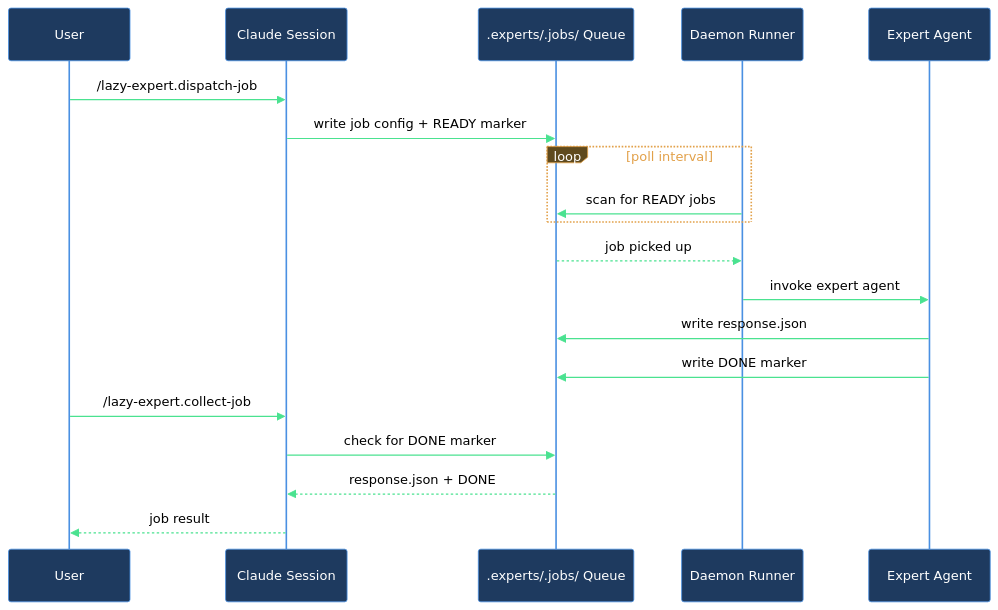
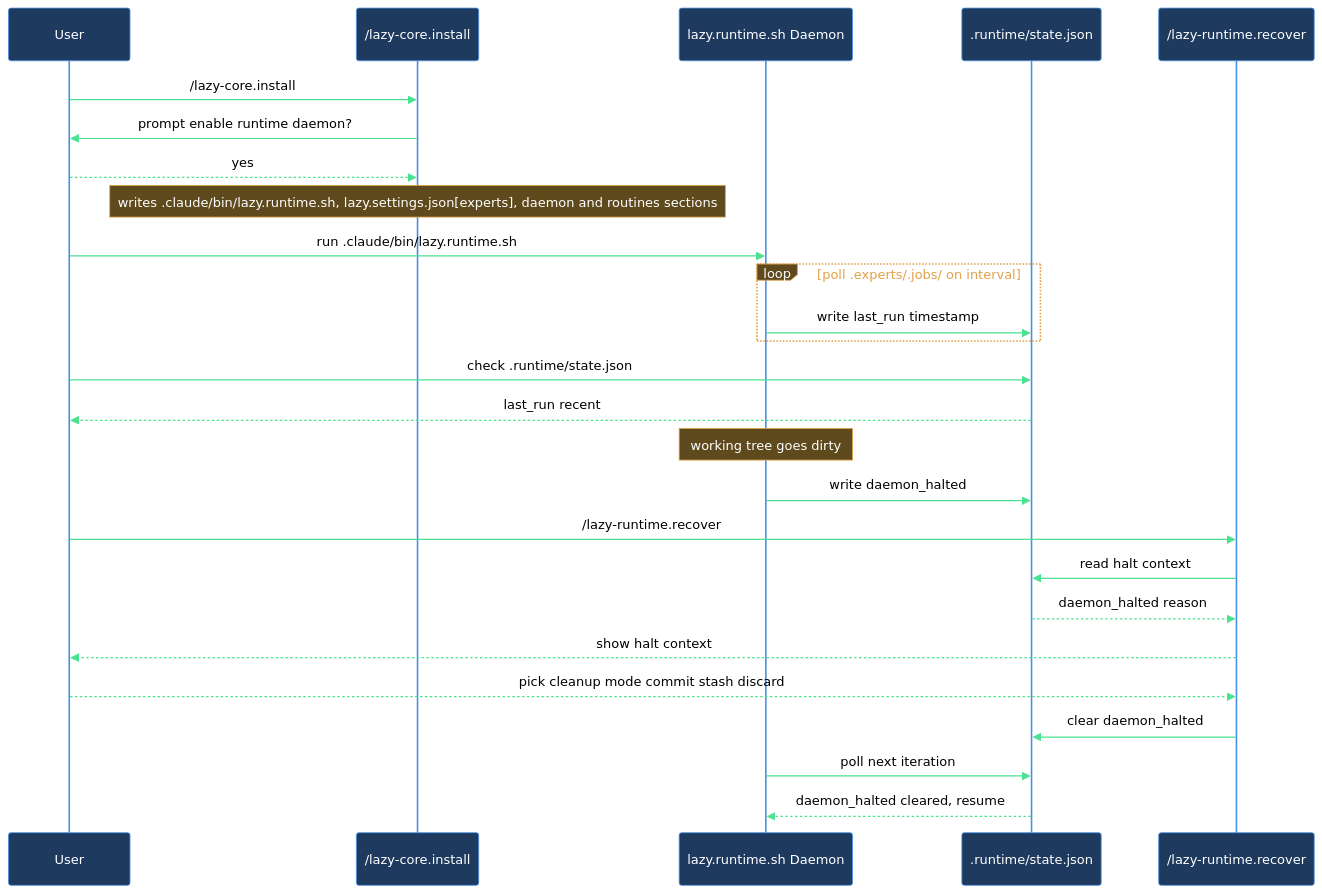
Before and after one commit to mebius-san/lazy-cortex: the diagram in claude/lazycortex-core/help/walkthroughs/setup-runtime.md, drawn with Mermaid. The commit also changed other lines of this file and 40 other files, not shown here.

````diff
--- a/claude/lazycortex-core/help/walkthroughs/setup-runtime.md
+++ b/claude/lazycortex-core/help/walkthroughs/setup-runtime.md
@@ -80,23 +80,32 @@
 ```mermaid
 %%{init: {'themeVariables':{'background':'transparent','primaryColor':'#1e3a5f','primaryBorderColor':'#4a90e2','primaryTextColor':'#fff','lineColor':'#4ae290','actorBkg':'#1e3a5f','actorBorder':'#4a90e2','actorTextColor':'#fff','actorLineColor':'#4a90e2','signalColor':'#4ae290','signalTextColor':'#000','noteBkgColor':'#5f4a1e','noteBorderColor':'#e2a14a','noteTextColor':'#fff','labelBoxBkgColor':'#5f4a1e','labelBoxBorderColor':'#e2a14a','labelTextColor':'#fff','loopTextColor':'#e2a14a'},'sequence':{'diagramPadding':5,'useMaxWidth':true}}}%%
 sequenceDiagram
   participant user as User
-  participant claudeSession as Claude Session
-  participant jobsQueue as .experts/.jobs/ Queue
-  participant daemon as Daemon Runner
-  participant expertAgent as Expert Agent
+  participant installWizard as /lazy-core.install
+  participant runtimeDaemon as lazy.runtime.sh Daemon
+  participant stateFile as .runtime/state.json
+  participant recoverSkill as /lazy-runtime.recover
 
-  user->>claudeSession: /lazy-expert.dispatch-job
-  claudeSession->>jobsQueue: write job config + READY marker
-  loop poll interval
-    daemon->>jobsQueue: scan for READY jobs
+  user->>installWizard: /lazy-core.install
+  installWizard->>user: prompt enable runtime daemon?
+  user-->>installWizard: yes
+  Note over installWizard: writes .claude/bin/lazy.runtime.sh, lazy.settings.json[experts], daemon and routines sections
+
+  user->>runtimeDaemon: run .claude/bin/lazy.runtime.sh
+  loop poll .experts/.jobs/ on interval
+    runtimeDaemon->>stateFile: write last_run timestamp
   end
-  jobsQueue-->>daemon: job picked up
-  daemon->>expertAgent: invoke expert agent
-  expertAgent->>jobsQueue: write response.json
-  expertAgent->>jobsQueue: write DONE marker
-  user->>claudeSession: /lazy-expert.collect-job
-  claudeSession->>jobsQueue: check for DONE marker
-  jobsQueue-->>claudeSession: response.json + DONE
-  claudeSession-->>user: job result
+  user->>stateFile: check .runtime/state.json
+  stateFile-->>user: last_run recent
+
+  Note over runtimeDaemon: working tree goes dirty
+  runtimeDaemon->>stateFile: write daemon_halted
+  user->>recoverSkill: /lazy-runtime.recover
+  recoverSkill->>stateFile: read halt context
+  stateFile-->>recoverSkill: daemon_halted reason
+  recoverSkill-->>user: show halt context
+  user-->>recoverSkill: pick cleanup mode commit stash discard
+  recoverSkill->>stateFile: clear daemon_halted
+  runtimeDaemon->>stateFile: poll next iteration
+  stateFile-->>runtimeDaemon: daemon_halted cleared, resume
 ```
````
